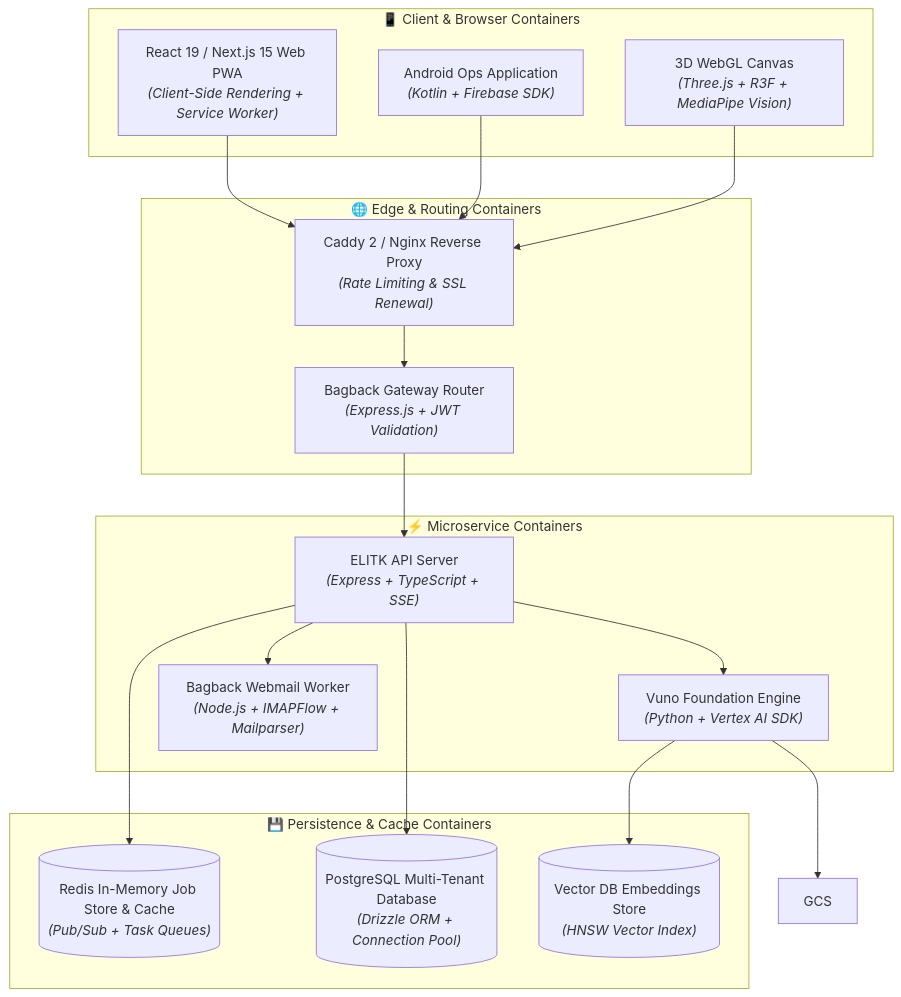
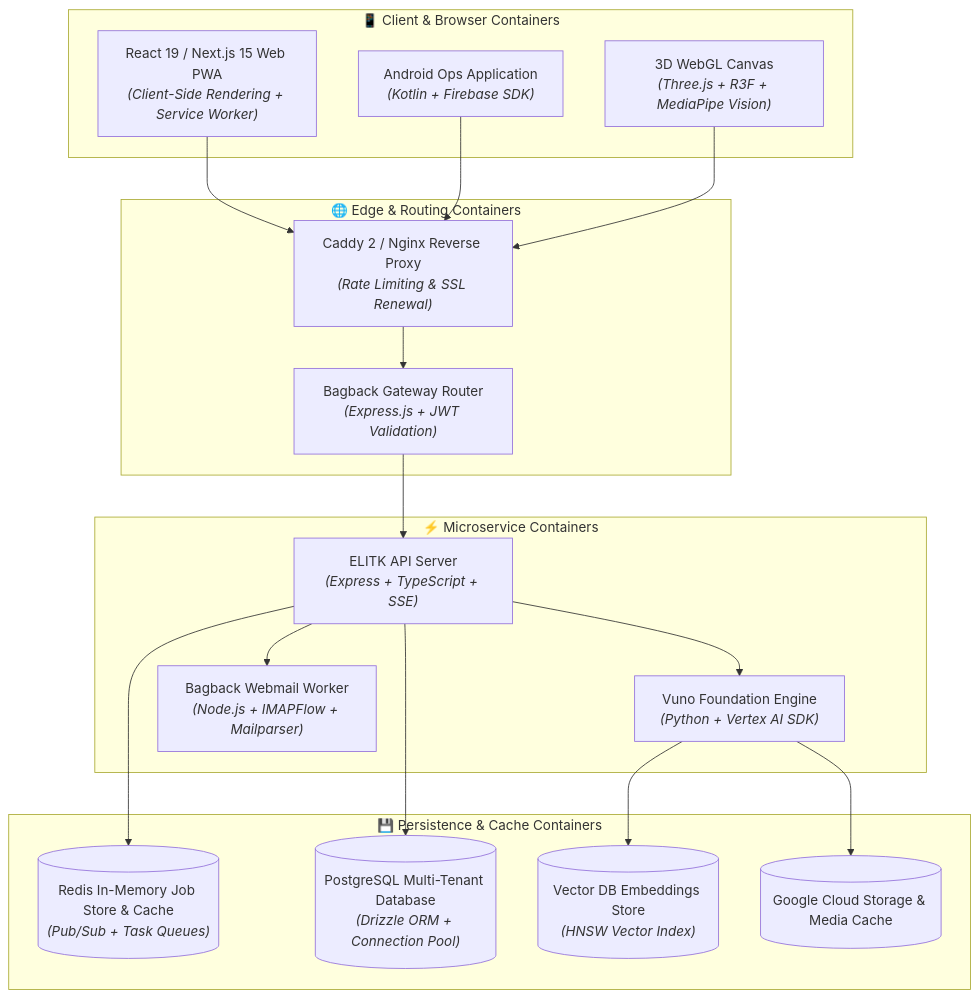
The second of 2 diagrams in docs/System-Architecture.md (mohamedosamaai/mohamedosamaai), drawn with Mermaid before and after one commit. The commit also changed 2 other files, not shown here.

Commit message:
docs: enrich architecture repository matrix with access scopes and fix C4 diagram node (#17)

````diff
--- a/docs/System-Architecture.md
+++ b/docs/System-Architecture.md
@@ -40,43 +40,44 @@
 ```mermaid
 graph TB
     subgraph ClientSpace ["📱 Client & Browser Containers"]
         WebPWA["React 19 / Next.js 15 Web PWA<br/><i>(Client-Side Rendering + Service Worker)</i>"]
         MobileApp["Android Ops Application<br/><i>(Kotlin + Firebase SDK)</i>"]
         WebGLComp["3D WebGL Canvas<br/><i>(Three.js + R3F + MediaPipe Vision)</i>"]
     end
 
     subgraph EdgeSpace ["🌐 Edge & Routing Containers"]
         NGINX["Caddy 2 / Nginx Reverse Proxy<br/><i>(Rate Limiting & SSL Renewal)</i>"]
         GatewayContainer["Bagback Gateway Router<br/><i>(Express.js + JWT Validation)</i>"]
     end
 
     subgraph ServiceSpace ["⚡ Microservice Containers"]
         APIServerContainer["ELITK API Server<br/><i>(Express + TypeScript + SSE)</i>"]
         VunoContainer["Vuno Foundation Engine<br/><i>(Python + Vertex AI SDK)</i>"]
         MailWorkerContainer["Bagback Webmail Worker<br/><i>(Node.js + IMAPFlow + Mailparser)</i>"]
     end
 
     subgraph DataSpace ["💾 Persistence & Cache Containers"]
         RedisCache[("Redis In-Memory Job Store & Cache<br/><i>(Pub/Sub + Task Queues)</i>")]
         PostgresDB[("PostgreSQL Multi-Tenant Database<br/><i>(Drizzle ORM + Connection Pool)</i>")]
         VectorStore[("Vector DB Embeddings Store<br/><i>(HNSW Vector Index)</i>")]
+        GCS[("Google Cloud Storage & Media Cache")]
     end
 
     %% Routing
     WebPWA --> NGINX
     MobileApp --> NGINX
     WebGLComp --> NGINX
 
     NGINX --> GatewayContainer
     GatewayContainer --> APIServerContainer
 
     %% Internal Service Calls
     APIServerContainer --> VunoContainer
     APIServerContainer --> MailWorkerContainer
 
     %% Data Connections
     APIServerContainer --> RedisCache
     APIServerContainer --> PostgresDB
     VunoContainer --> VectorStore
     VunoContainer --> GCS
 ```
````
